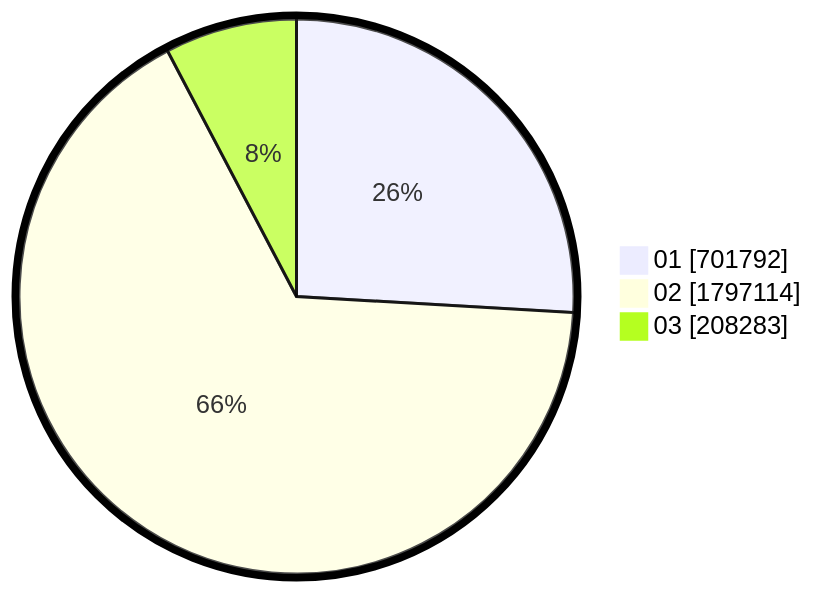
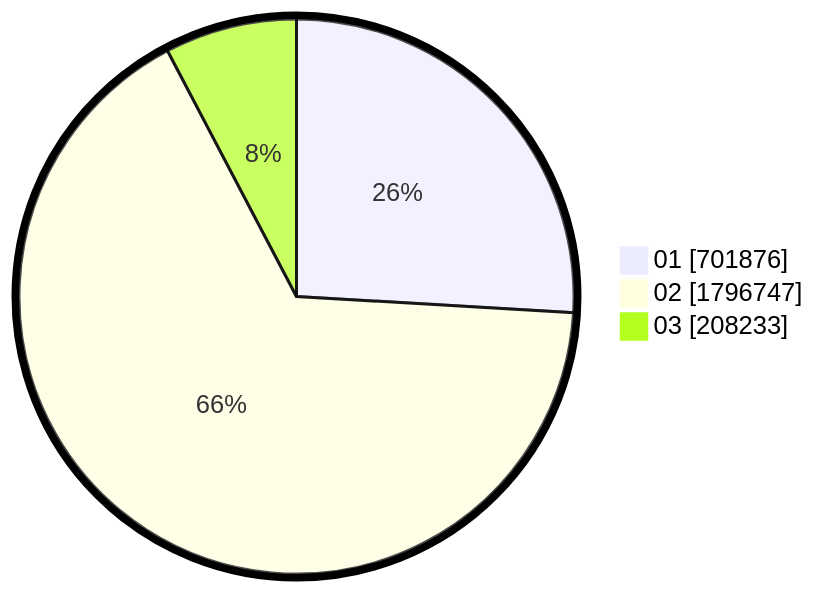
The second of 2 diagrams in pilpres/hitung-suara/sub/table-wilayah-52.md (gigit-pemilu/pemilu-2024), drawn with Mermaid before and after one commit. The commit also changed other lines of this file and 10 other files, not shown here.

````diff
--- a/pilpres/hitung-suara/sub/table-wilayah-52.md
+++ b/pilpres/hitung-suara/sub/table-wilayah-52.md
@@ -15,7 +15,7 @@
 ```mermaid
 %%{init: {"pie": {"textPosition": 0.5}, "themeVariables": {"pieOuterStrokeWidth": "5px"}} }%%
 pie showData
-    "01" : 701792
-    "02" : 1797114
-    "03" : 208283
+    "01" : 701876
+    "02" : 1796747
+    "03" : 208233
 ```
````
